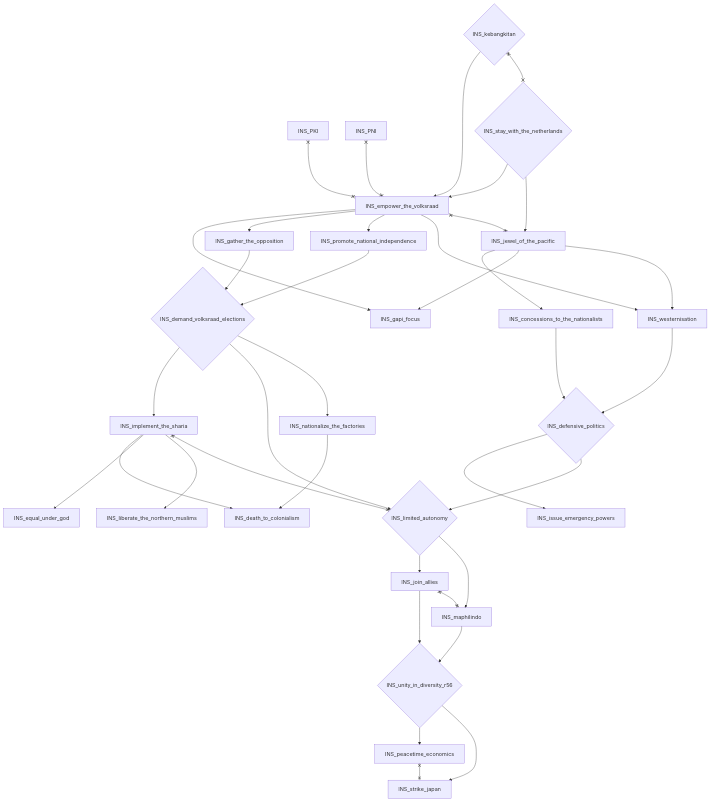
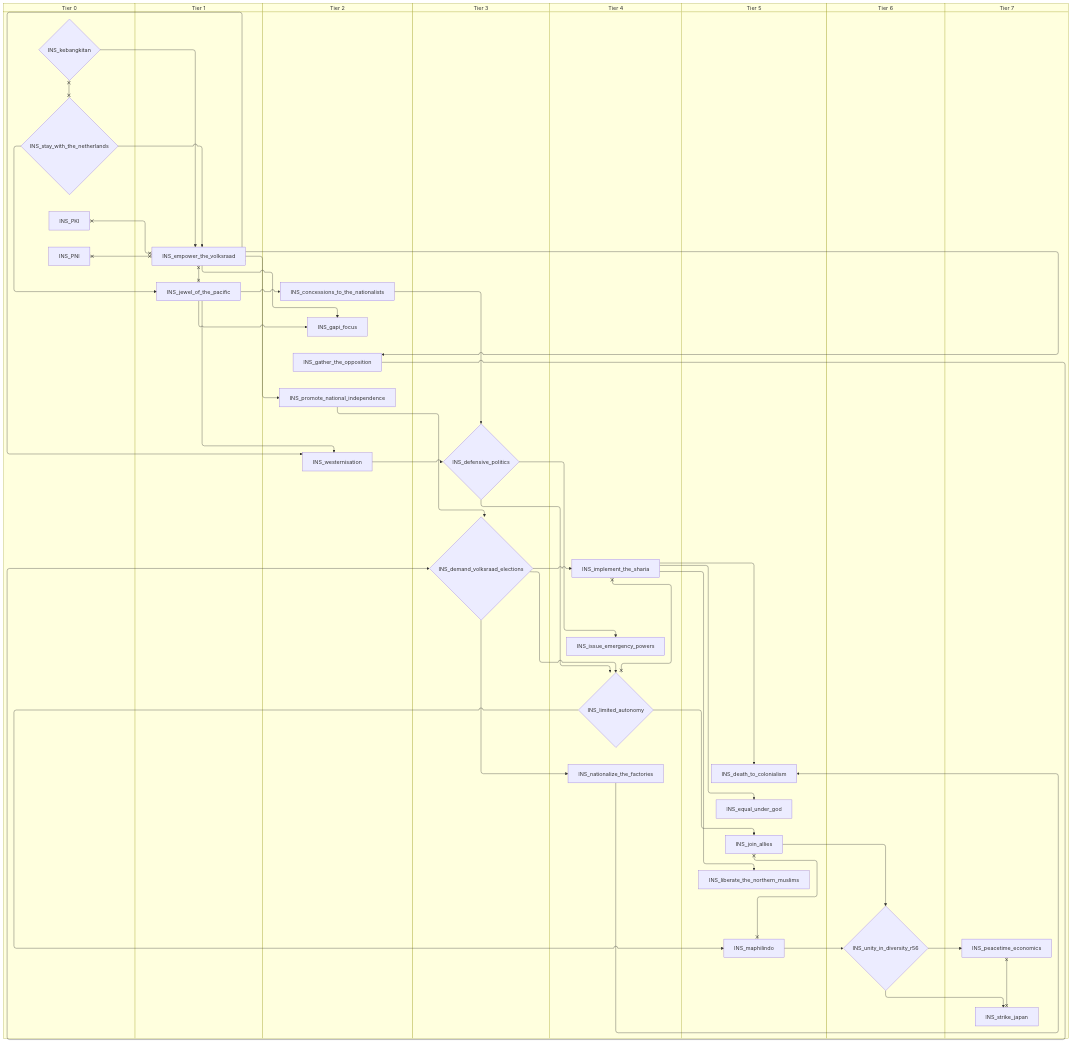
Before and after one commit to evgeny-sobol/hoi4-sandbox-mode-r56: the fifth of 6 diagrams in docs/gdd/National Focuses/r56/r56_indonesia.md, drawn with Mermaid. The commit also changed other lines of this file and 423 other files, not shown here.

First line of the commit message:
Re-export Rt56 focus trees as swimlane diagrams

````diff
--- a/docs/gdd/National Focuses/r56/r56_indonesia.md
+++ b/docs/gdd/National Focuses/r56/r56_indonesia.md
@@ -226,64 +282,80 @@
 ```mermaid
-flowchart TD
-    n15["INS_PKI"]
-    n16["INS_PNI"]
-    n20["INS_concessions_to_the_nationalists"]
-    n22["INS_death_to_colonialism"]
-    n23{"INS_defensive_politics"}
-    n24{"INS_demand_volksraad_elections"}
-    n25["INS_empower_the_volksraad"]
-    n26["INS_equal_under_god"]
-    n29["INS_gapi_focus"]
-    n30["INS_gather_the_opposition"]
-    n33["INS_implement_the_sharia"]
-    n34["INS_issue_emergency_powers"]
-    n35["INS_jewel_of_the_pacific"]
-    n36["INS_join_allies"]
-    n38{"INS_kebangkitan"}
-    n41["INS_liberate_the_northern_muslims"]
-    n43{"INS_limited_autonomy"}
-    n44["INS_maphilindo"]
-    n45["INS_nationalize_the_factories"]
-    n47["INS_peacetime_economics"]
-    n48["INS_promote_national_independence"]
-    n53{"INS_stay_with_the_netherlands"}
-    n54["INS_strike_japan"]
-    n59{"INS_unity_in_diversity_r56"}
-    n60["INS_westernisation"]
-    n35 --> n20
-    n33 --> n22
-    n45 --> n22
-    n60 --> n23
-    n20 --> n23
-    n30 --> n24
-    n48 --> n24
-    n38 --> n25
-    n53 --> n25
-    n33 --> n26
-    n25 --> n29
-    n35 --> n29
-    n25 --> n30
+swimlane-beta TD
+    subgraph tier_0["Tier 0"]
+        n19["INS_PKI"]
+        n20["INS_PNI"]
+        n17{"INS_kebangkitan"}
+        n18{"INS_stay_with_the_netherlands"}
+    end
+    subgraph tier_1["Tier 1"]
+        n21["INS_empower_the_volksraad"]
+        n16["INS_jewel_of_the_pacific"]
+    end
+    subgraph tier_2["Tier 2"]
+        n15["INS_concessions_to_the_nationalists"]
+        n23["INS_gapi_focus"]
+        n24["INS_gather_the_opposition"]
+        n25["INS_promote_national_independence"]
+        n30["INS_westernisation"]
+    end
+    subgraph tier_3["Tier 3"]
+        n32{"INS_defensive_politics"}
+        n33{"INS_demand_volksraad_elections"}
+    end
+    subgraph tier_4["Tier 4"]
+        n38["INS_implement_the_sharia"]
+        n39["INS_issue_emergency_powers"]
+        n40{"INS_limited_autonomy"}
+        n41["INS_nationalize_the_factories"]
+    end
+    subgraph tier_5["Tier 5"]
+        n46["INS_death_to_colonialism"]
+        n47["INS_equal_under_god"]
+        n50["INS_join_allies"]
+        n52["INS_liberate_the_northern_muslims"]
+        n53["INS_maphilindo"]
+    end
+    subgraph tier_6["Tier 6"]
+        n58{"INS_unity_in_diversity_r56"}
+    end
+    subgraph tier_7["Tier 7"]
+        n59["INS_peacetime_economics"]
+        n60["INS_strike_japan"]
+    end
+    n16 --> n15
+    n38 --> n46
+    n41 --> n46
+    n30 --> n32
+    n15 --> n32
     n24 --> n33
-    n23 --> n34
-    n53 --> n35
-    n43 --> n36
+    n25 --> n33
+    n17 --> n21
+    n18 --> n21
+    n38 --> n47
+    n21 --> n23
+    n16 --> n23
+    n21 --> n24
+    n33 --> n38
+    n32 --> n39
+    n18 --> n16
+    n40 --> n50
+    n38 --> n52
+    n32 --> n40
+    n33 --> n40
+    n40 --> n53
     n33 --> n41
-    n23 --> n43
-    n24 --> n43
-    n43 --> n44
-    n24 --> n45
-    n59 --> n47
-    n25 --> n48
-    n59 --> n54
-    n36 --> n59
-    n44 --> n59
-    n35 --> n60
-    n25 --> n60
-    n15 x--x n25
-    n16 x--x n25
-    n25 x--x n35
-    n33 x--x n43
-    n36 x--x n44
-    n38 x--x n53
-    n47 x--x n54
+    n58 --> n59
+    n21 --> n25
+    n58 --> n60
+    n50 --> n58
+    n53 --> n58
+    n16 --> n30
+    n21 --> n30
+    n19 x--x n21
+    n20 x--x n21
+    n21 x--x n16
+    n38 x--x n40
+    n50 x--x n53
+    n17 x--x n18
+    n59 x--x n60
 ```
````
